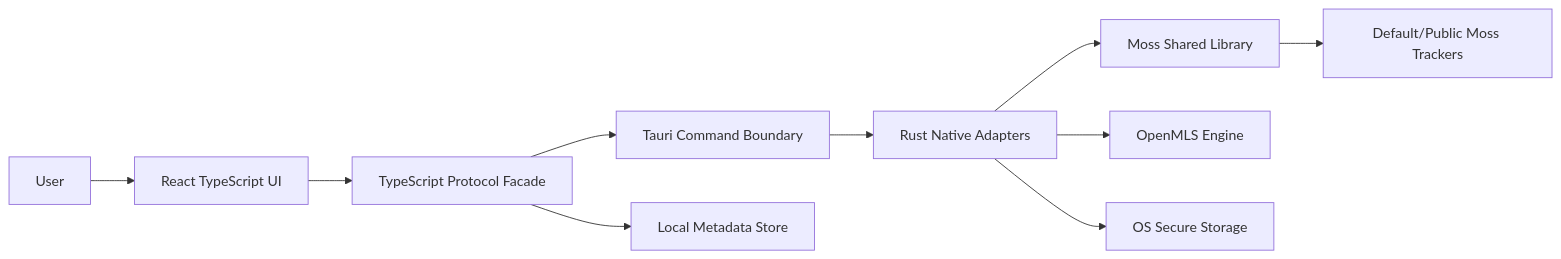
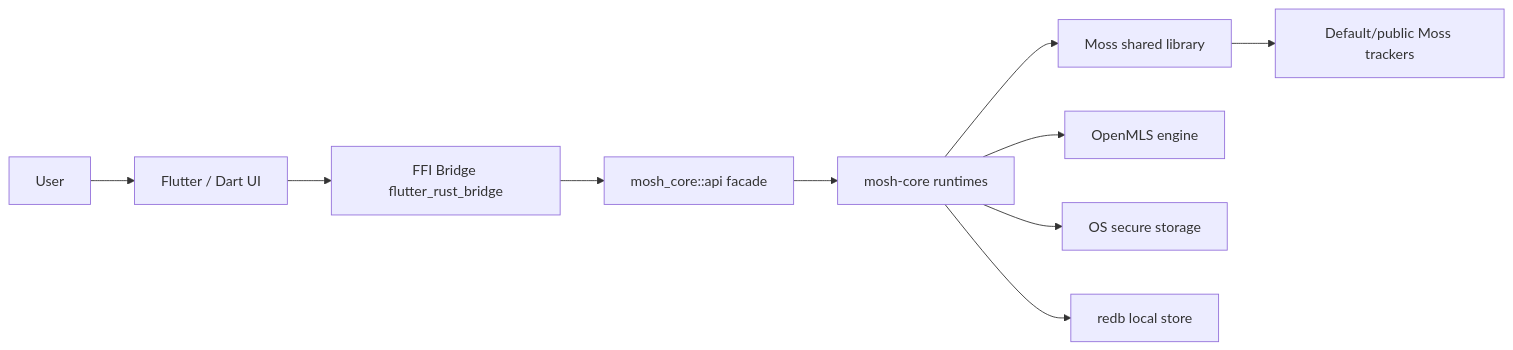
The first of 4 diagrams in docs/Architecture.md (redstone-md/mosh-flutter), drawn with Mermaid before and after one commit. The commit also changed other lines of this file, not shown here.

First line of the commit message:
docs: replace architecture map with Flutter rewrite view

````diff
--- a/docs/Architecture.md
+++ b/docs/Architecture.md
@@ -9,23 +11,23 @@
 ```mermaid
 flowchart LR
     User[User]
-    UI[React TypeScript UI]
-    Protocol[TypeScript Protocol Facade]
-    Tauri[Tauri Command Boundary]
-    Native[Rust Native Adapters]
-    Moss[Moss Shared Library]
-    OpenMLS[OpenMLS Engine]
-    Keychain[OS Secure Storage]
-    Store[Local Metadata Store]
-    Trackers[Default/Public Moss Trackers]
+    Flutter[Flutter / Dart UI]
+    Bridge[FFI Bridge flutter_rust_bridge]
+    Api[mosh_core::api facade]
+    Runtimes[mosh-core runtimes]
+    Moss[Moss shared library]
+    OpenMLS[OpenMLS engine]
+    Keychain[OS secure storage]
+    Store[redb local store]
+    Trackers[Default/public Moss trackers]
 
-    User --> UI
-    UI --> Protocol
-    Protocol --> Tauri
-    Tauri --> Native
-    Native --> Moss
-    Native --> OpenMLS
-    Native --> Keychain
-    Protocol --> Store
+    User --> Flutter
+    Flutter --> Bridge
+    Bridge --> Api
+    Api --> Runtimes
+    Runtimes --> OpenMLS
+    Runtimes --> Moss
+    Runtimes --> Keychain
+    Runtimes --> Store
     Moss --> Trackers
 ```
````
